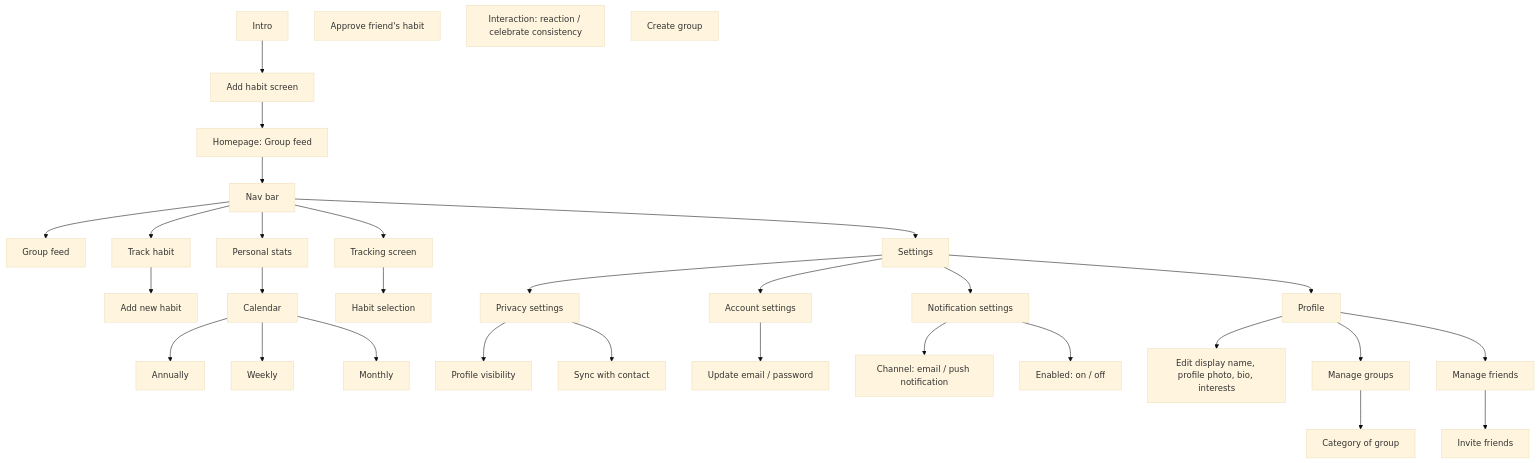
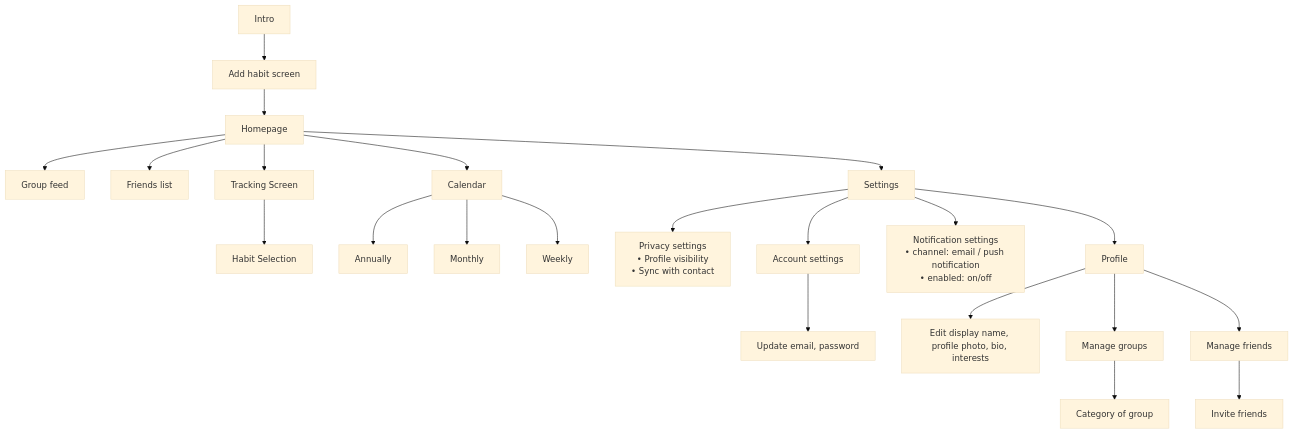
The diagram in docs/03-information-architecture.md (fcyen/Procrastea), drawn with Mermaid (base theme) before and after one commit. The commit also changed other lines of this file and 3 other files, not shown here.

First line of the commit message:
Case study: add Design guide + Reflections; correct the IA diagram

````diff
--- a/docs/03-information-architecture.md
+++ b/docs/03-information-architecture.md
@@ -5,38 +5,19 @@
 ```mermaid
 graph TD
-  Intro[Intro] --> Add[Add habit screen]
-  Add --> Home[Homepage: Group feed]
-  Home --> Nav[Nav bar]
-
-  Nav --> Feed[Group feed]
-  Nav --> Track[Track habit]
-  Track --> AddNew[Add new habit]
-  Nav --> Stats[Personal stats]
-  Stats --> Cal[Calendar]
-  Cal --> CY[Annually]
-  Cal --> CW[Weekly]
-  Cal --> CM[Monthly]
-  Nav --> Tracking[Tracking screen]
-  Tracking --> HabitSel[Habit selection]
-  Nav --> Settings[Settings]
-
-  %% top-level concepts alongside the homepage
-  Approve[Approve friend's habit]
-  React[Interaction: reaction / celebrate consistency]
-  CreateG[Create group]
-
-  Settings --> Privacy[Privacy settings]
-  Privacy --> PV[Profile visibility]
-  Privacy --> SC[Sync with contact]
-  Settings --> Account[Account settings]
-  Account --> UEP[Update email / password]
-  Settings --> Notif[Notification settings]
-  Notif --> NCh[Channel: email / push notification]
-  Notif --> NEn[Enabled: on / off]
-  Settings --> Profile[Profile]
-  Profile --> Edit[Edit display name, profile photo, bio, interests]
-  Profile --> MG[Manage groups]
-  MG --> CatG[Category of group]
-  Profile --> MF[Manage friends]
-  MF --> Invite[Invite friends]
+  I[Intro] --> A[Add habit screen] --> H[Homepage]
+  H --> GF[Group feed]
+  H --> FL[Friends list]
+  H --> TS[Tracking Screen] --> HS[Habit Selection]
+  H --> C[Calendar]
+  C --> An[Annually]
+  C --> Mo[Monthly]
+  C --> We[Weekly]
+  H --> S[Settings]
+  S --> P["Privacy settings<br/>• Profile visibility<br/>• Sync with contact"]
+  S --> AC[Account settings] --> UE["Update email, password"]
+  S --> N["Notification settings<br/>• channel: email / push notification<br/>• enabled: on/off"]
+  S --> PF[Profile]
+  PF --> ED["Edit display name, profile photo, bio, interests"]
+  PF --> MG[Manage groups] --> CG[Category of group]
+  PF --> MF[Manage friends] --> IF[Invite friends]
 ```
````
